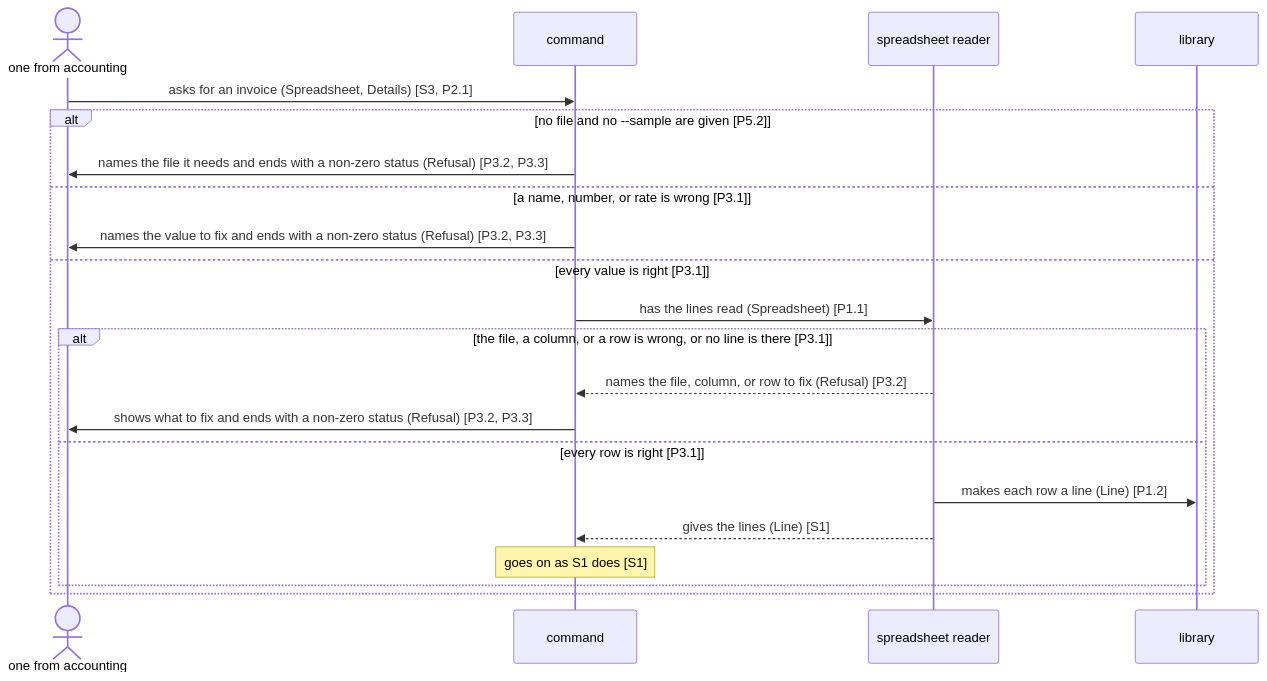
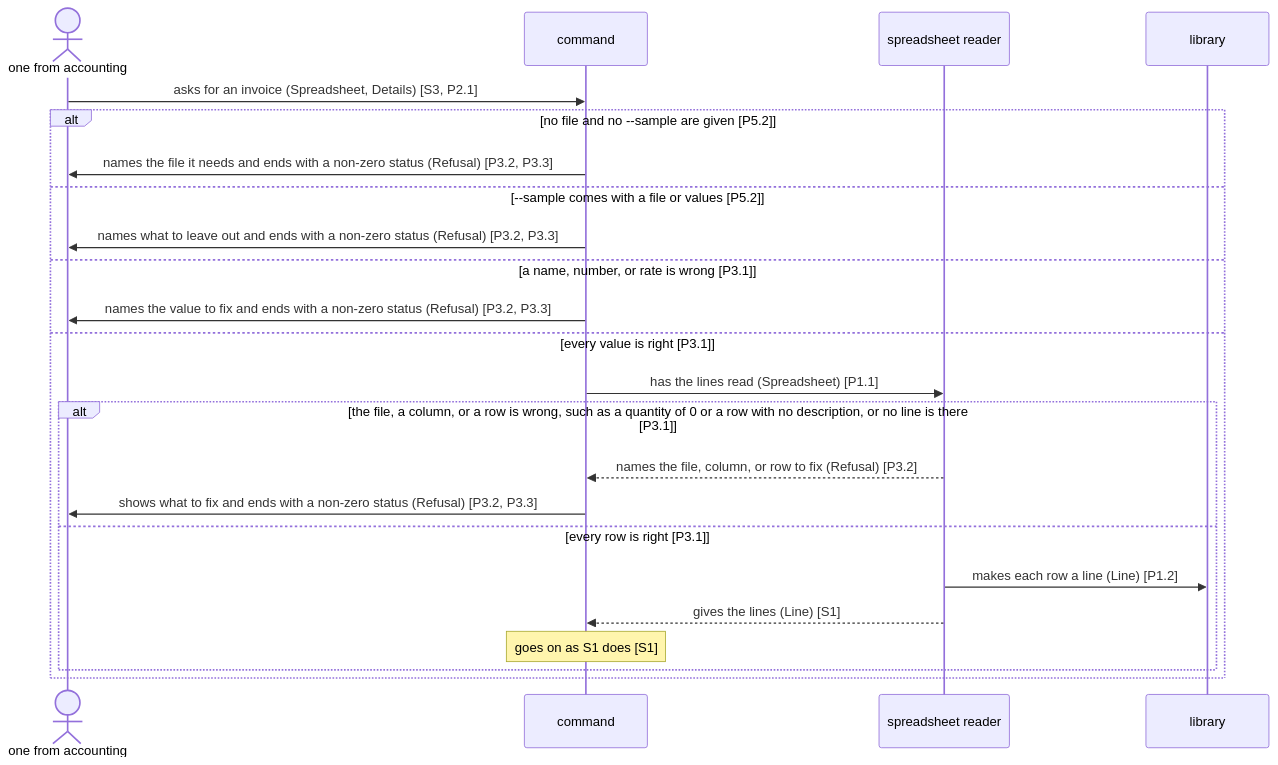
Before and after one commit to lovaizu/playground: the third of 4 diagrams in docs/architecture.md, drawn with Mermaid. The commit also changed other lines of this file and 1 other file, not shown here.

Commit message:
Architecture: the rate as typed and as a fraction, and the refusals' cases

````diff
--- a/docs/architecture.md
+++ b/docs/architecture.md
@@ -199,23 +203,25 @@
 ```mermaid
 sequenceDiagram
   actor U as one from accounting
   participant C as command
   participant R as spreadsheet reader
   participant L as library
   U->>C: asks for an invoice (Spreadsheet, Details) [S3, P2.1]
   alt no file and no --sample are given [P5.2]
     C->>U: names the file it needs and ends with a non-zero status (Refusal) [P3.2, P3.3]
+  else --sample comes with a file or values [P5.2]
+    C->>U: names what to leave out and ends with a non-zero status (Refusal) [P3.2, P3.3]
   else a name, number, or rate is wrong [P3.1]
     C->>U: names the value to fix and ends with a non-zero status (Refusal) [P3.2, P3.3]
   else every value is right [P3.1]
     C->>R: has the lines read (Spreadsheet) [P1.1]
-    alt the file, a column, or a row is wrong, or no line is there [P3.1]
+    alt the file, a column, or a row is wrong, such as a quantity of 0 or a row with no description, or no line is there [P3.1]
       R-->>C: names the file, column, or row to fix (Refusal) [P3.2]
       C->>U: shows what to fix and ends with a non-zero status (Refusal) [P3.2, P3.3]
     else every row is right [P3.1]
       R->>L: makes each row a line (Line) [P1.2]
       R-->>C: gives the lines (Line) [S1]
       Note over C: goes on as S1 does [S1]
     end
   end
 ```
````
